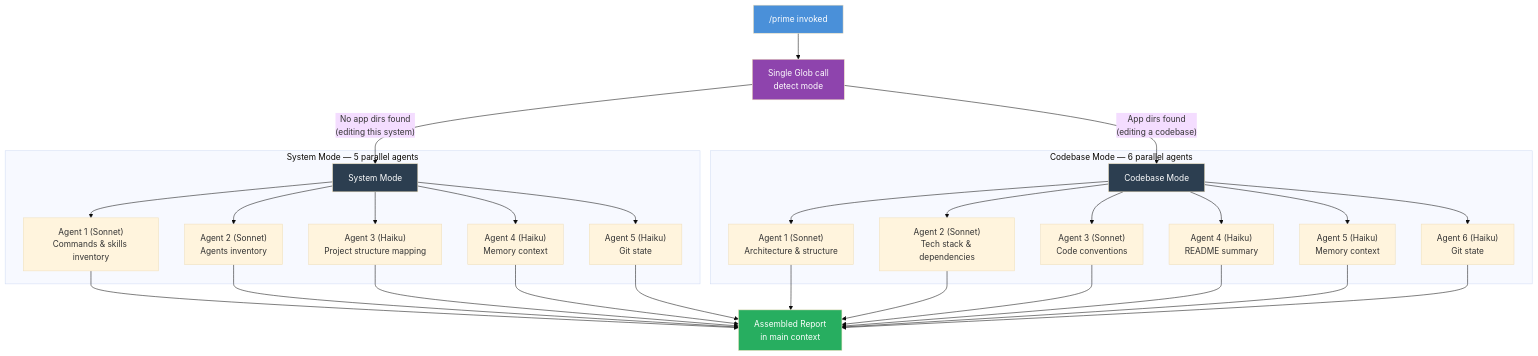
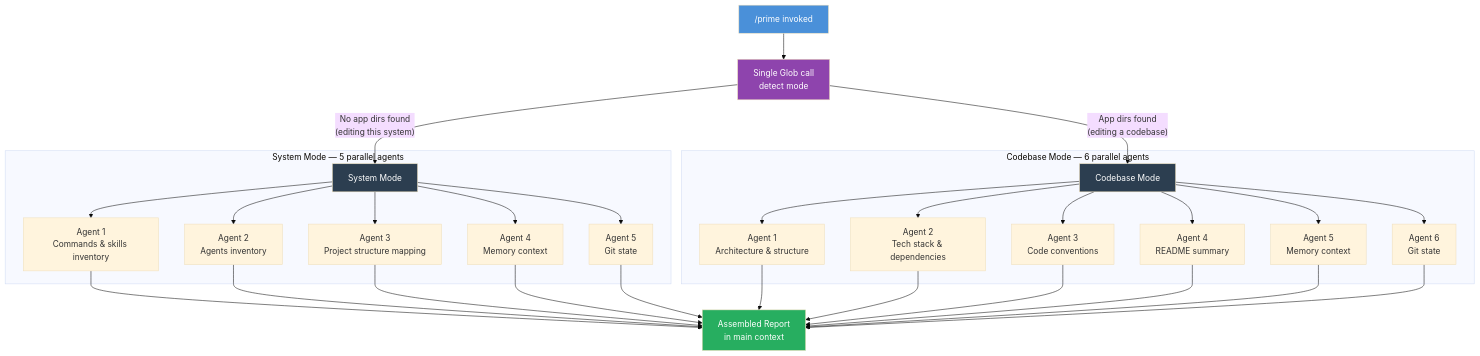
Before and after one commit to ryanjosebrosas/original-coding-system-claude: the fifth of 11 diagrams in README.md, drawn with Mermaid (base theme). The commit also changed other lines of this file and 204 other files, not shown here.

First line of the commit message:
chore: migrate from Claude Code to Qwen Code with Swarm multi-agent system

````diff
--- a/README.md
+++ b/README.md
@@ -222,33 +306,33 @@
 ```mermaid
 graph TD
     PRIME["/prime invoked"] --> DETECT["Single Glob call<br/>detect mode"]
 
     DETECT -->|"No app dirs found<br/>(editing this system)"| SYS["System Mode"]
     DETECT -->|"App dirs found<br/>(editing a codebase)"| APP["Codebase Mode"]
 
     subgraph "System Mode — 5 parallel agents"
-        SYS --> S1["Agent 1 (Sonnet)<br/>Commands & skills inventory"]
-        SYS --> S2["Agent 2 (Sonnet)<br/>Agents inventory"]
-        SYS --> S3["Agent 3 (Haiku)<br/>Project structure mapping"]
-        SYS --> S4["Agent 4 (Haiku)<br/>Memory context"]
-        SYS --> S5["Agent 5 (Haiku)<br/>Git state"]
+        SYS --> S1["Agent 1<br/>Commands & skills inventory"]
+        SYS --> S2["Agent 2<br/>Agents inventory"]
+        SYS --> S3["Agent 3<br/>Project structure mapping"]
+        SYS --> S4["Agent 4<br/>Memory context"]
+        SYS --> S5["Agent 5<br/>Git state"]
     end
 
     subgraph "Codebase Mode — 6 parallel agents"
-        APP --> C1["Agent 1 (Sonnet)<br/>Architecture & structure"]
-        APP --> C2["Agent 2 (Sonnet)<br/>Tech stack & dependencies"]
-        APP --> C3["Agent 3 (Sonnet)<br/>Code conventions"]
-        APP --> C4["Agent 4 (Haiku)<br/>README summary"]
-        APP --> C5["Agent 5 (Haiku)<br/>Memory context"]
-        APP --> C6["Agent 6 (Haiku)<br/>Git state"]
+        APP --> C1["Agent 1<br/>Architecture & structure"]
+        APP --> C2["Agent 2<br/>Tech stack & dependencies"]
+        APP --> C3["Agent 3<br/>Code conventions"]
+        APP --> C4["Agent 4<br/>README summary"]
+        APP --> C5["Agent 5<br/>Memory context"]
+        APP --> C6["Agent 6<br/>Git state"]
     end
 
     S1 & S2 & S3 & S4 & S5 --> REPORT["Assembled Report<br/>in main context"]
     C1 & C2 & C3 & C4 & C5 & C6 --> REPORT
 
     style PRIME fill:#4a90d9,color:#fff
     style DETECT fill:#8e44ad,color:#fff
     style SYS fill:#2c3e50,color:#fff
     style APP fill:#2c3e50,color:#fff
     style REPORT fill:#27ae60,color:#fff
 ```
````
